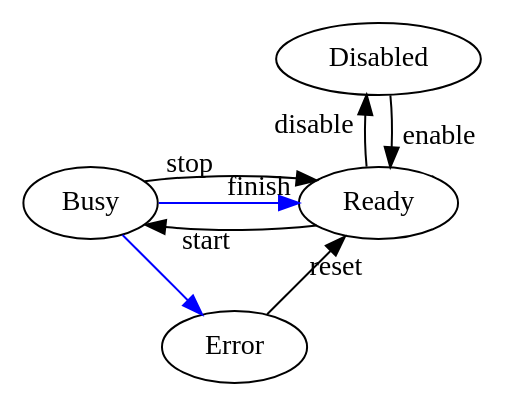
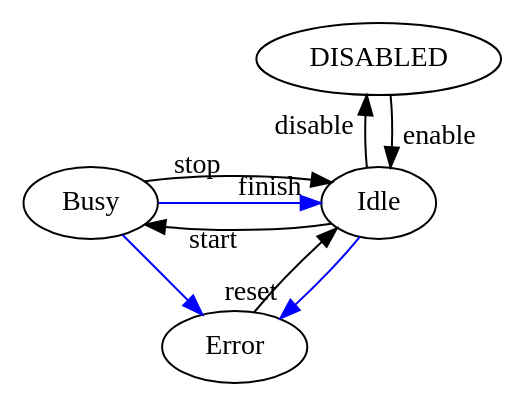
Before and after one commit to SampleEnvironment/SECoP: the diagram in protocol/images/status_normal.dot, drawn with Graphviz. The commit also changed 6 other files, not shown here.

```diff
--- a/protocol/images/status_normal.dot
+++ b/protocol/images/status_normal.dot
@@ -1,14 +1,15 @@
 digraph simple {
   layout="neato"
-  Ready [pos="2,1!"];
-  Busy [pos="0,1!"];
-  Error [pos="1,0!"];
-  Disabled [pos="2,2!"];
+  Ready [pos="2,1!", label="Idle"];
+  Busy [pos="0,1!", label="Busy"];
+  Error [pos="1,0!", label="Error"];
+  Disabled [pos="2,2!", label="DISABLED"];
   Ready -> Busy [label="start"];
   Busy -> Ready [label="stop"];
   Busy -> Ready [label="finish", color=blue];
   Busy -> Error [color=blue];
   Error -> Ready [label="reset"];
   Ready -> Disabled [label="disable"];
   Disabled -> Ready [label="enable"];
+  Ready -> Error [color=blue];
 }
```
